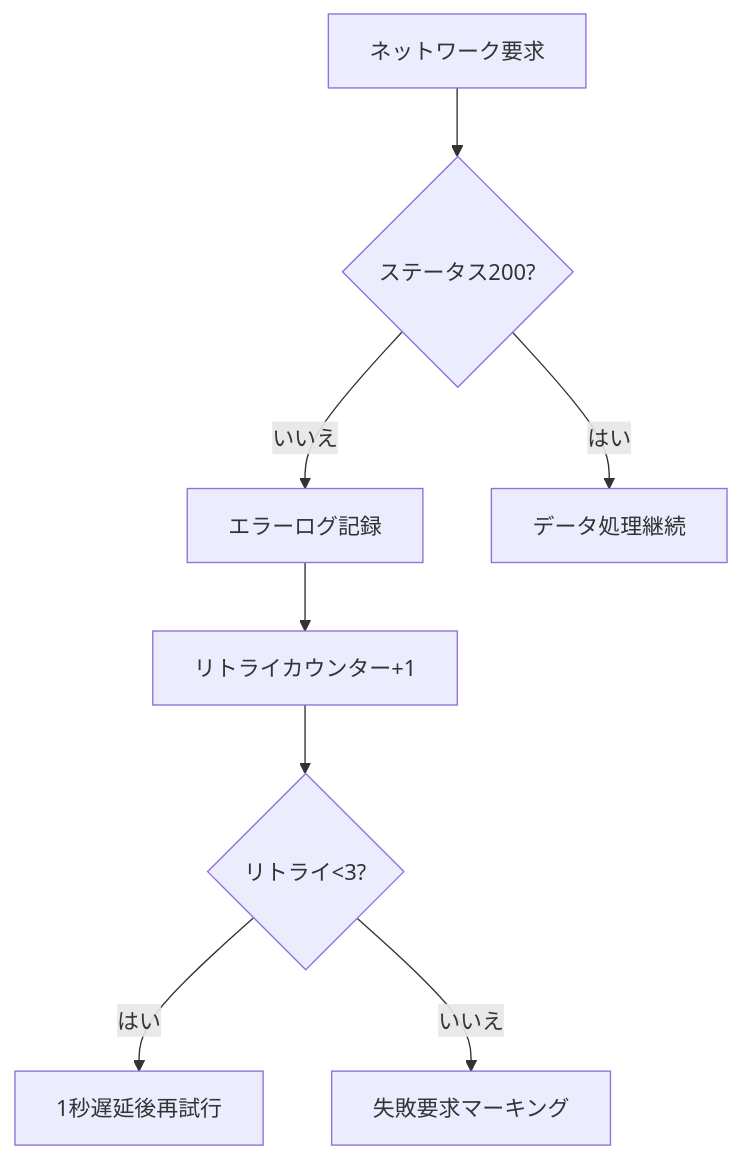
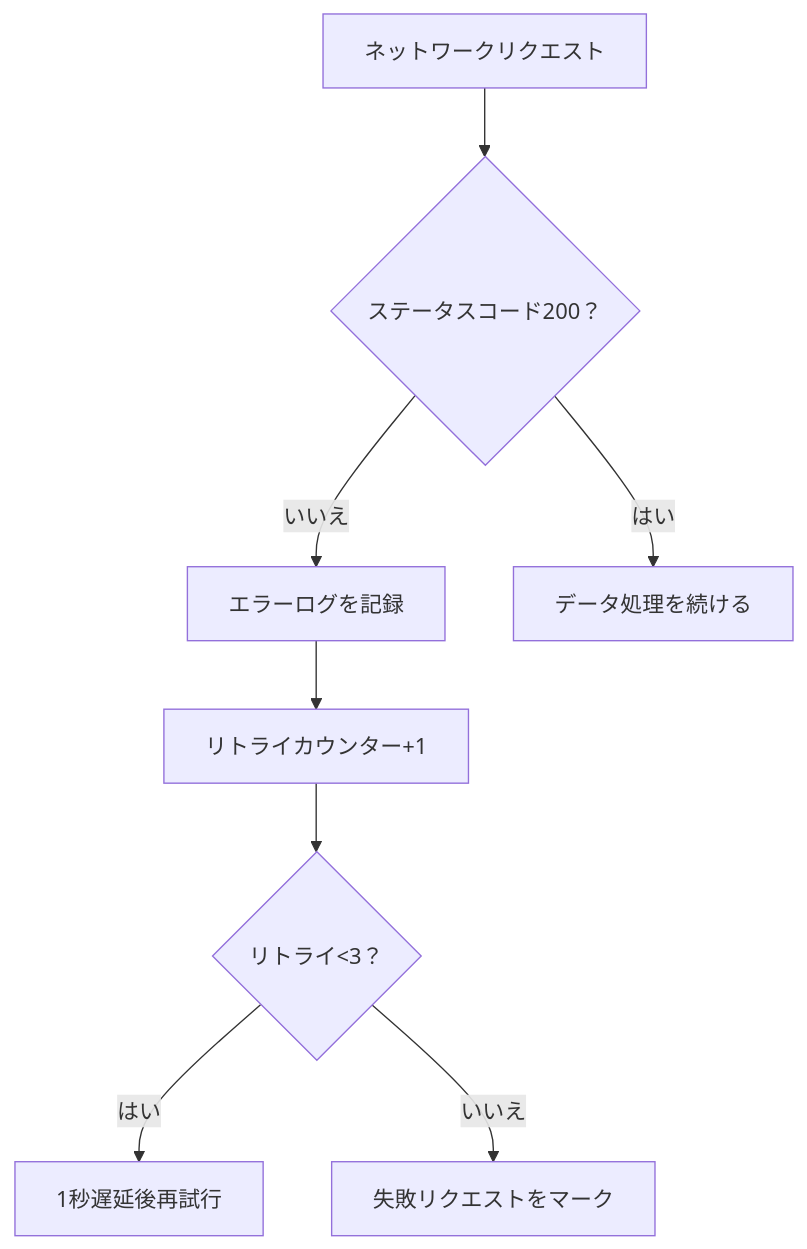
Before and after one commit to linyaocrush/DLsite-Purchase-Analyzer: the third of 6 diagrams in README-JP.md, drawn with Mermaid. The commit also changed other lines of this file, not shown here.

````diff
--- a/README-JP.md
+++ b/README-JP.md
@@ -175,10 +194,10 @@
 ```mermaid
 graph TD
-    A[ネットワーク要求] --> B{ステータス200?}
-    B -->|いいえ| C[エラーログ記録]
+    A[ネットワークリクエスト] --> B{ステータスコード200？}
+    B -->|いいえ| C[エラーログを記録]
     C --> D[リトライカウンター+1]
-    D --> E{リトライ<3?}
+    D --> E{リトライ<3？}
     E -->|はい| F[1秒遅延後再試行]
-    E -->|いいえ| G[失敗要求マーキング]
-    B -->|はい| H[データ処理継続]
+    E -->|いいえ| G[失敗リクエストをマーク]
+    B -->|はい| H[データ処理を続ける]
 ```
````
